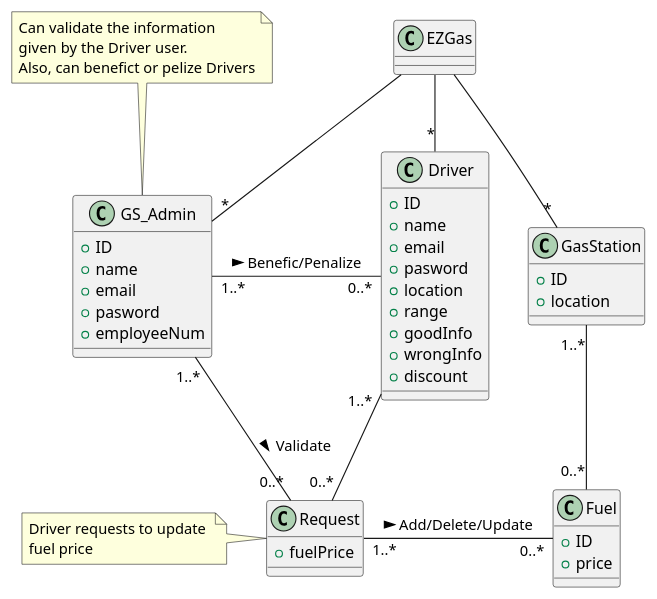
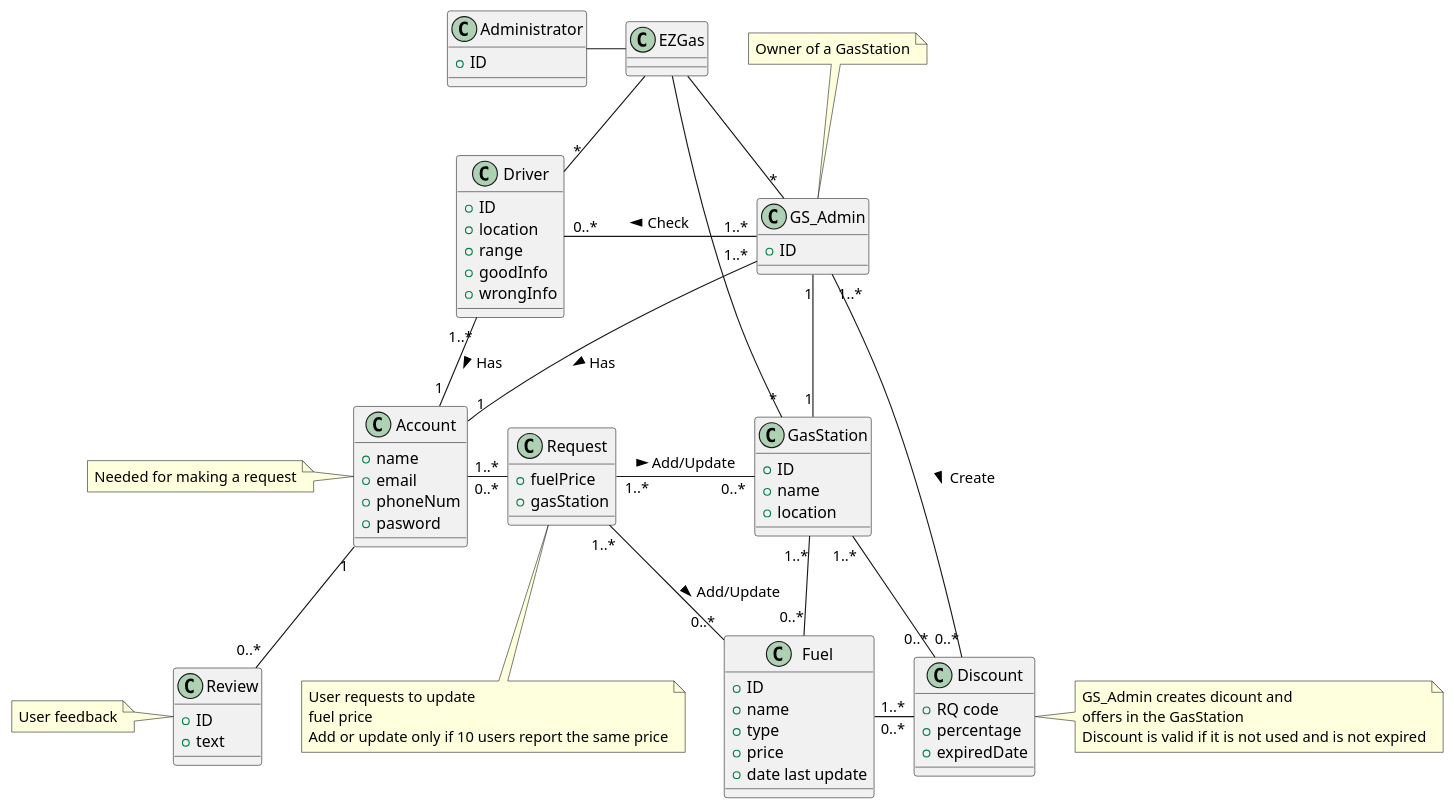
Before and after one commit to LucaOddoneSE/EZGas: the second of 2 diagrams in docs/RequirementsDocument.md, drawn with PlantUML. The commit also changed other lines of this file, not shown here.

````diff
--- a/docs/RequirementsDocument.md
+++ b/docs/RequirementsDocument.md
@@ -293,57 +327,96 @@
+```plantuml
 @startuml
 class EZGas
+
+class Administrator{
+  + ID
+}
+
 class Driver{
-  +ID
-  + name
-  + email
-  + pasword
+  + ID
   + location
   + range
   + goodInfo
   + wrongInfo
-  + discount
 }
 
 class GS_Admin{
   + ID
+}
+
+class Account{
   + name
   + email
+  + phoneNum
   + pasword
-  + employeeNum
 }
 
 class GasStation{
   + ID
+  + name
   + location
 }
 
 class Fuel{
   + ID
+  + name
+  + type
   + price
+  + date last update
 }
 
 class Request{
   + fuelPrice
+  + gasStation
 }
 
-note top of GS_Admin : Can validate the information \n\
-given by the Driver user. \n\
-Also, can benefict or pelize Drivers
+class Discount{
+  + RQ code
+  + percentage
+  + expiredDate
+}
 
-note left of Request : Driver requests to update \n\
-fuel price
+class Review{
+  + ID
+  + text
+}
+
+note top of GS_Admin : Owner of a GasStation
+
+note right of Discount : GS_Admin creates dicount and \n\
+offers in the GasStation \n\
+Discount is valid if it is not used and is not expired
+
+note left of Account : Needed for making a request
+
+note bottom of Request : User requests to update \n\
+fuel price \n\
+Add or update only if 10 users report the same price
+
+note left of Review : User feedback
+
+Administrator  - EZGas
 
 EZGas -- "*" Driver
 EZGas -- "*" GS_Admin
 EZGas -- "*" GasStation
 
-GS_Admin "1..*" - "0..*" Driver : Benefic/Penalize >
+Driver "0..*" - "1..*" GS_Admin : Check <
+GS_Admin "1" - "1" GasStation
+
+Driver "1..*" -- "1" Account : Has >
+GS_Admin "1..*" -- "1" Account : Has >
+
+GS_Admin "1..*" -- "0..*" Discount : Create >
+GasStation "1..*" -- "0..*" Discount 
+Fuel "1..*" - "0..*" Discount 
 
 GasStation "1..*" -- "0..*" Fuel
 
-Request"1..*" - "0..*" Fuel : Add/Delete/Update >
+Account "1..*" - "0..*" Request
+Account "1" -- "0..*" Review
 
-Driver "1..*" -- "0..*" Request
-GS_Admin "1..*" -- "0..*" Request : Validate >
-
+Request "1..*" - "0..*" Fuel : Add/Update >
+Request "1..*" - "0..*" GasStation : Add/Update >
 @enduml
+```
````
